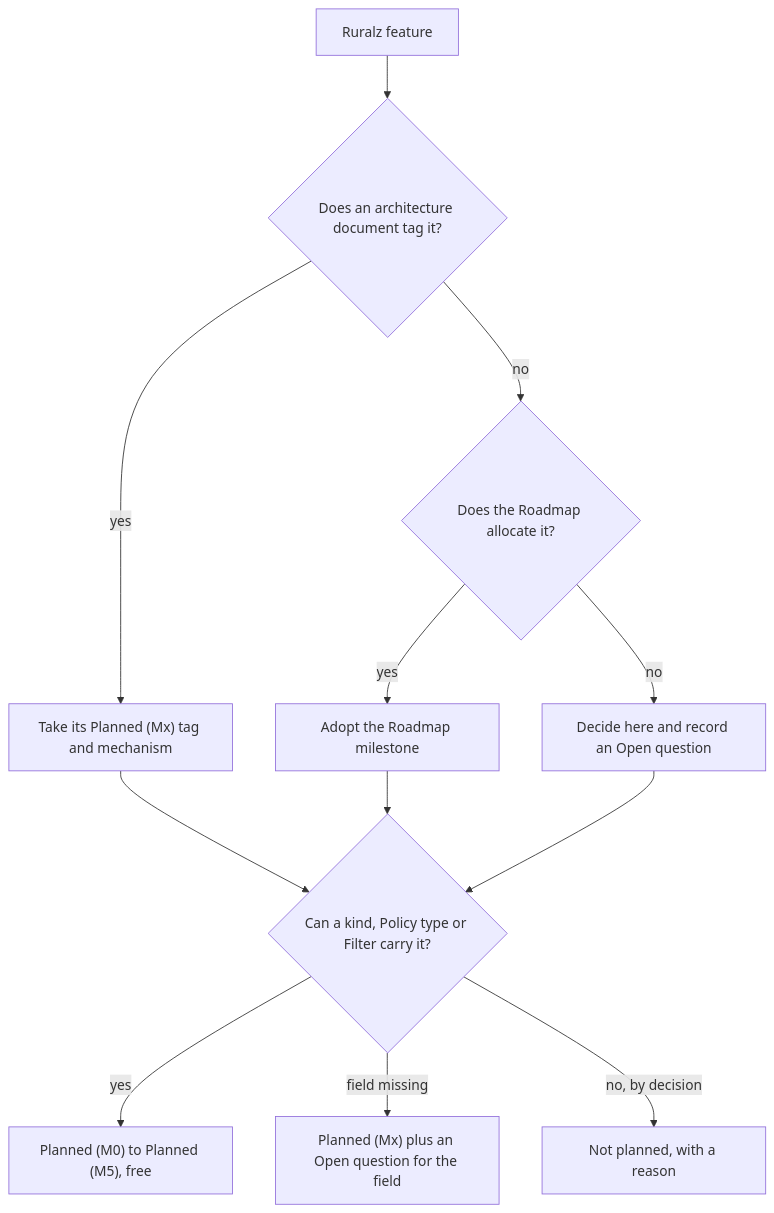
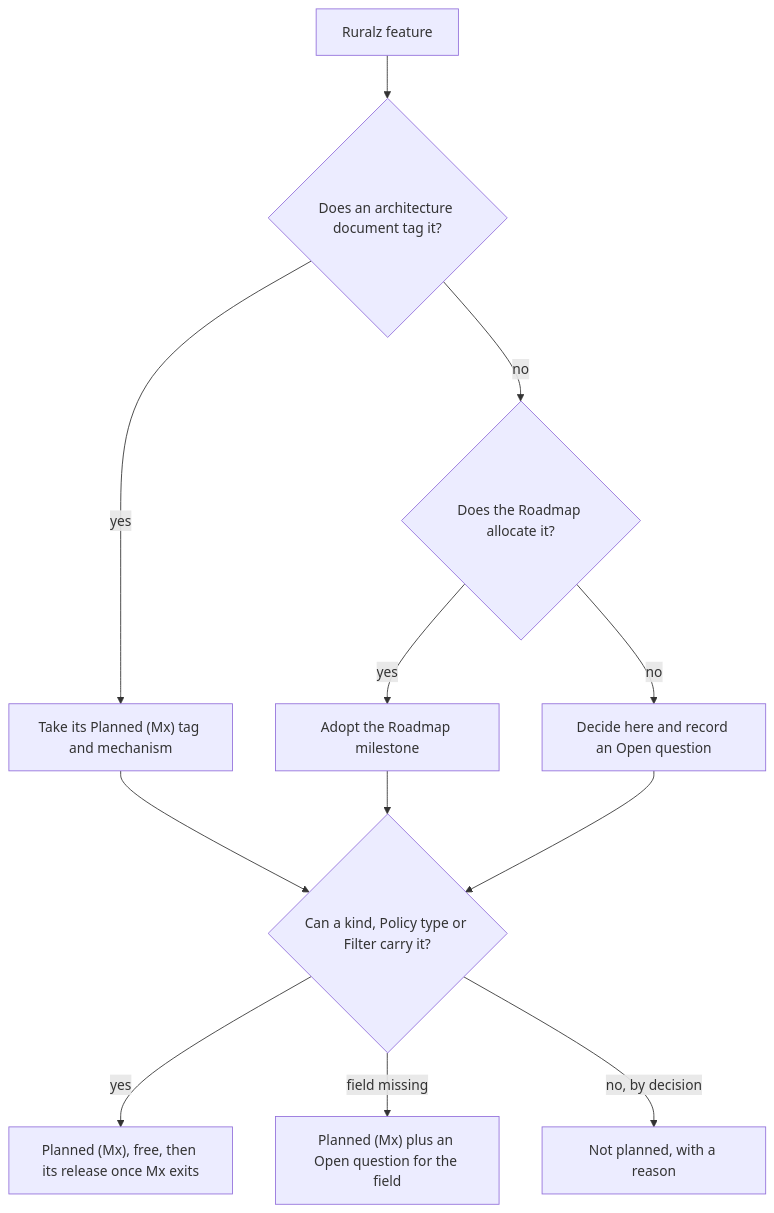
Before and after one commit to ravindu-rev/ruralz: the first of 2 diagrams in docs/features/01-feature-catalog.md, drawn with Mermaid. The commit also changed other lines of this file and 16 other files, not shown here.

````diff
--- a/docs/features/01-feature-catalog.md
+++ b/docs/features/01-feature-catalog.md
@@ -49,14 +49,14 @@
 ```mermaid
 flowchart TD
     A["Ruralz feature"] --> B{"Does an architecture document tag it?"}
     B -- "yes" --> C["Take its Planned (Mx) tag and mechanism"]
     B -- "no" --> D{"Does the Roadmap allocate it?"}
     D -- "yes" --> E["Adopt the Roadmap milestone"]
     D -- "no" --> F["Decide here and record an Open question"]
     C --> G{"Can a kind, Policy type or Filter carry it?"}
     E --> G
     F --> G
-    G -- "yes" --> H["Planned (M0) to Planned (M5), free"]
+    G -- "yes" --> H["Planned (Mx), free, then its release once Mx exits"]
     G -- "field missing" --> J["Planned (Mx) plus an Open question for the field"]
     G -- "no, by decision" --> I["Not planned, with a reason"]
 ```
````
